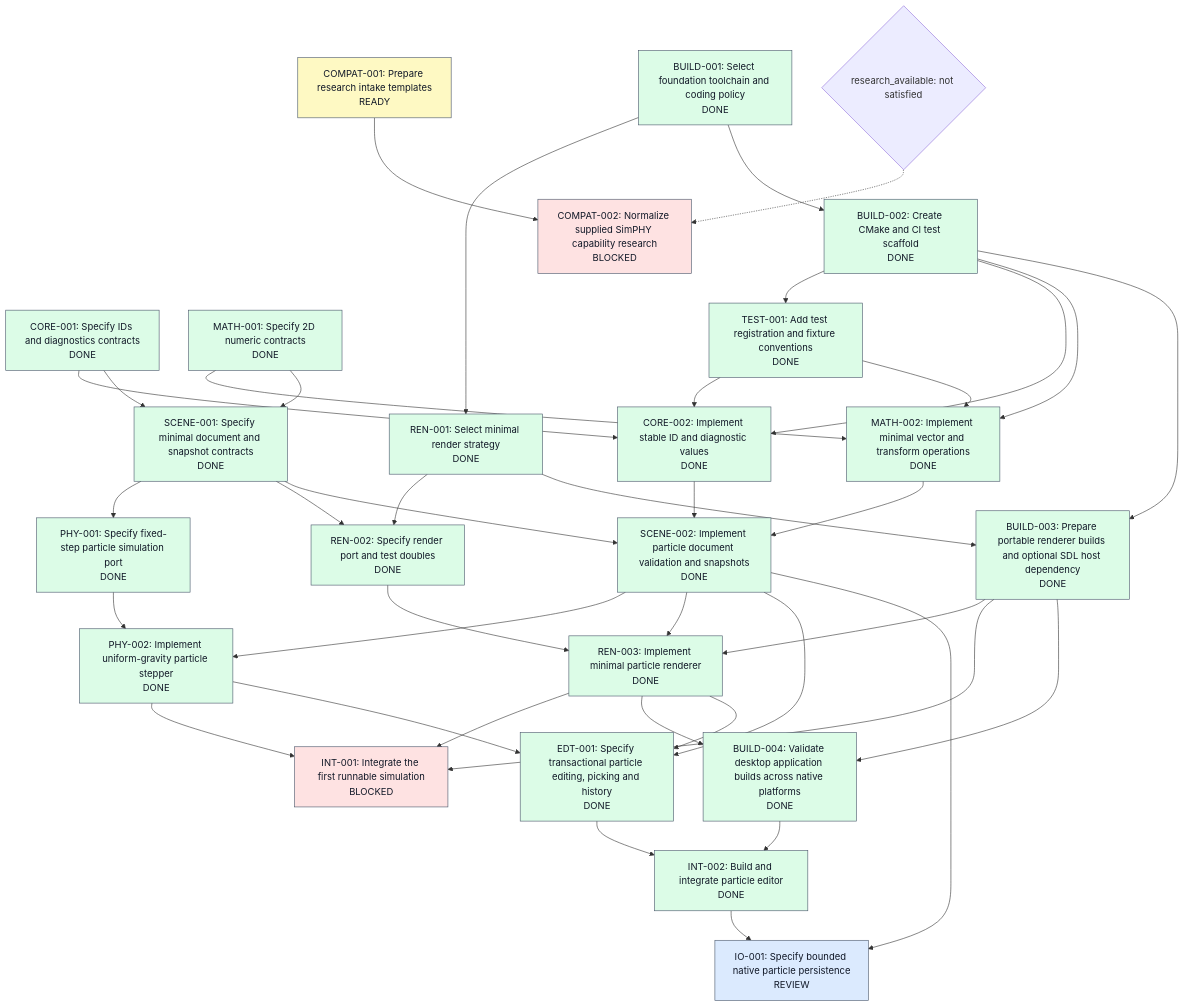
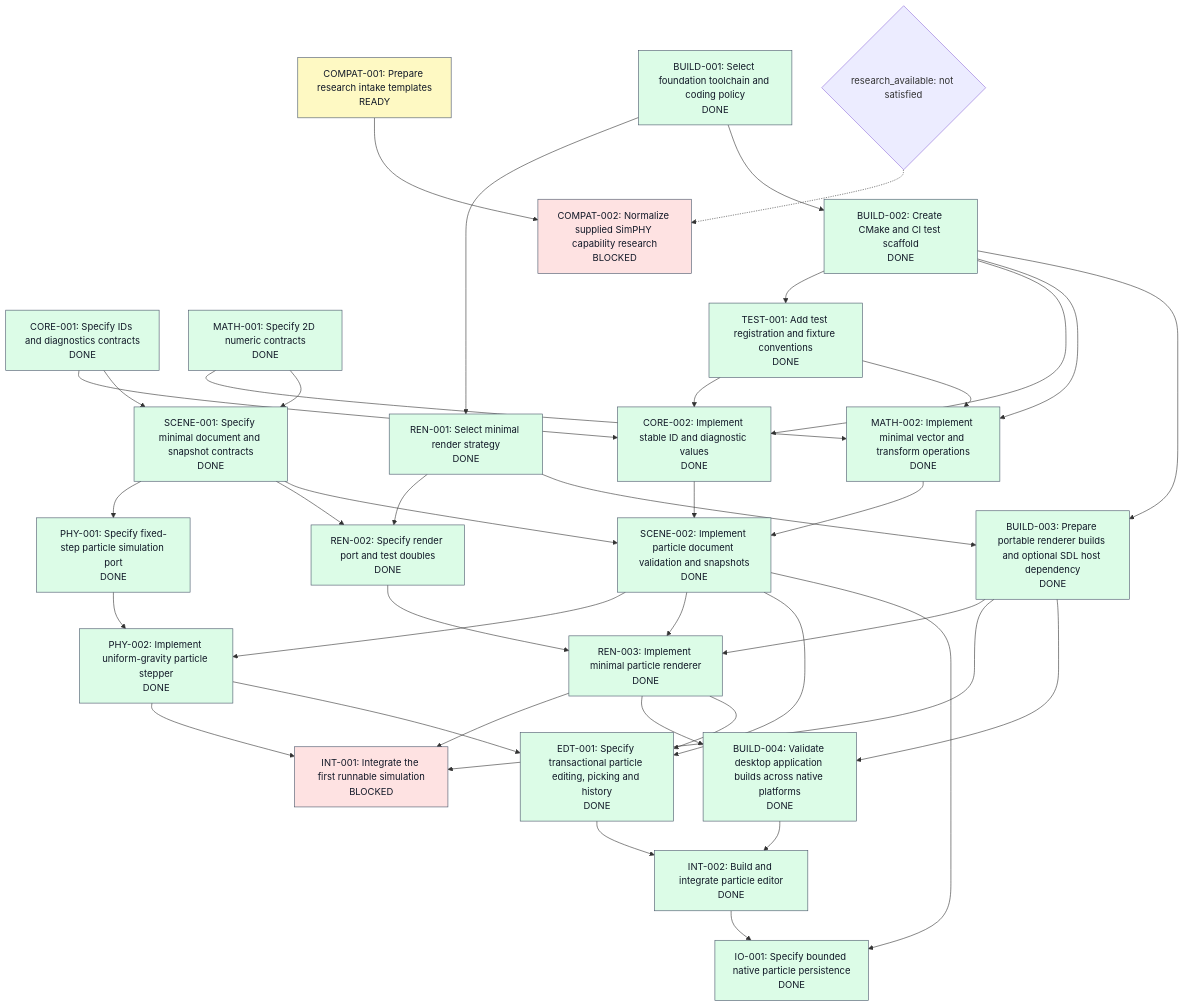
The first of 2 diagrams in tasks/graph.md (JnJarvis/open-simphy), drawn with Mermaid before and after one commit. The commit also changed other lines of this file and 7 other files, not shown here.

````diff
--- a/tasks/graph.md
+++ b/tasks/graph.md
@@ -14,73 +14,73 @@
 ```mermaid
 flowchart TD
   BUILD_001["BUILD-001: Select foundation toolchain and coding policy<br/>DONE"]
   CORE_001["CORE-001: Specify IDs and diagnostics contracts<br/>DONE"]
   MATH_001["MATH-001: Specify 2D numeric contracts<br/>DONE"]
   REN_001["REN-001: Select minimal render strategy<br/>DONE"]
   COMPAT_001["COMPAT-001: Prepare research intake templates<br/>READY"]
   BUILD_002["BUILD-002: Create CMake and CI test scaffold<br/>DONE"]
   TEST_001["TEST-001: Add test registration and fixture conventions<br/>DONE"]
   CORE_002["CORE-002: Implement stable ID and diagnostic values<br/>DONE"]
   MATH_002["MATH-002: Implement minimal vector and transform operations<br/>DONE"]
   SCENE_001["SCENE-001: Specify minimal document and snapshot contracts<br/>DONE"]
   PHY_001["PHY-001: Specify fixed-step particle simulation port<br/>DONE"]
   REN_002["REN-002: Specify render port and test doubles<br/>DONE"]
   SCENE_002["SCENE-002: Implement particle document validation and snapshots<br/>DONE"]
   PHY_002["PHY-002: Implement uniform-gravity particle stepper<br/>DONE"]
   REN_003["REN-003: Implement minimal particle renderer<br/>DONE"]
   INT_001["INT-001: Integrate the first runnable simulation<br/>BLOCKED"]
   COMPAT_002["COMPAT-002: Normalize supplied SimPHY capability research<br/>BLOCKED"]
   BUILD_003["BUILD-003: Prepare portable renderer builds and optional SDL host dependency<br/>DONE"]
   BUILD_004["BUILD-004: Validate desktop application builds across native platforms<br/>DONE"]
   EDT_001["EDT-001: Specify transactional particle editing, picking and history<br/>DONE"]
   INT_002["INT-002: Build and integrate particle editor<br/>DONE"]
-  IO_001["IO-001: Specify bounded native particle persistence<br/>REVIEW"]
+  IO_001["IO-001: Specify bounded native particle persistence<br/>DONE"]
   BUILD_001 --> REN_001
   BUILD_001 --> BUILD_002
   BUILD_002 --> TEST_001
   CORE_001 --> CORE_002
   BUILD_002 --> CORE_002
   TEST_001 --> CORE_002
   MATH_001 --> MATH_002
   BUILD_002 --> MATH_002
   TEST_001 --> MATH_002
   CORE_001 --> SCENE_001
   MATH_001 --> SCENE_001
   SCENE_001 --> PHY_001
   SCENE_001 --> REN_002
   REN_001 --> REN_002
   SCENE_001 --> SCENE_002
   CORE_002 --> SCENE_002
   MATH_002 --> SCENE_002
   PHY_001 --> PHY_002
   SCENE_002 --> PHY_002
   REN_002 --> REN_003
   SCENE_002 --> REN_003
   BUILD_003 --> REN_003
   PHY_002 --> INT_001
   REN_003 --> INT_001
   BUILD_003 --> INT_001
   COMPAT_001 --> COMPAT_002
   BUILD_002 --> BUILD_003
   REN_001 --> BUILD_003
   BUILD_003 --> BUILD_004
   REN_003 --> BUILD_004
   SCENE_002 --> EDT_001
   REN_003 --> EDT_001
   PHY_002 --> EDT_001
   EDT_001 --> INT_002
   BUILD_004 --> INT_002
   SCENE_002 --> IO_001
   INT_002 --> IO_001
   gate_research_available{"research_available: not satisfied"}
   gate_research_available -.-> COMPAT_002
   classDef DONE fill:#dcfce7,stroke:#475569,color:#111827
   class BUILD_001,CORE_001,MATH_001,REN_001,BUILD_002,TEST_001,CORE_002,MATH_002,SCENE_001,PHY_001,REN_002,SCENE_002,PHY_002,REN_003,BUILD_003,BUILD_004,EDT_001,INT_002 DONE
   classDef REVIEW fill:#dbeafe,stroke:#475569,color:#111827
-  class IO_001 REVIEW
+  class IO_001 DONE
   classDef READY fill:#fef9c3,stroke:#475569,color:#111827
   class COMPAT_001 READY
   classDef BLOCKED fill:#fee2e2,stroke:#475569,color:#111827
   class INT_001,COMPAT_002 BLOCKED
   classDef IN_PROGRESS fill:#ede9fe,stroke:#475569,color:#111827
 ```
````
